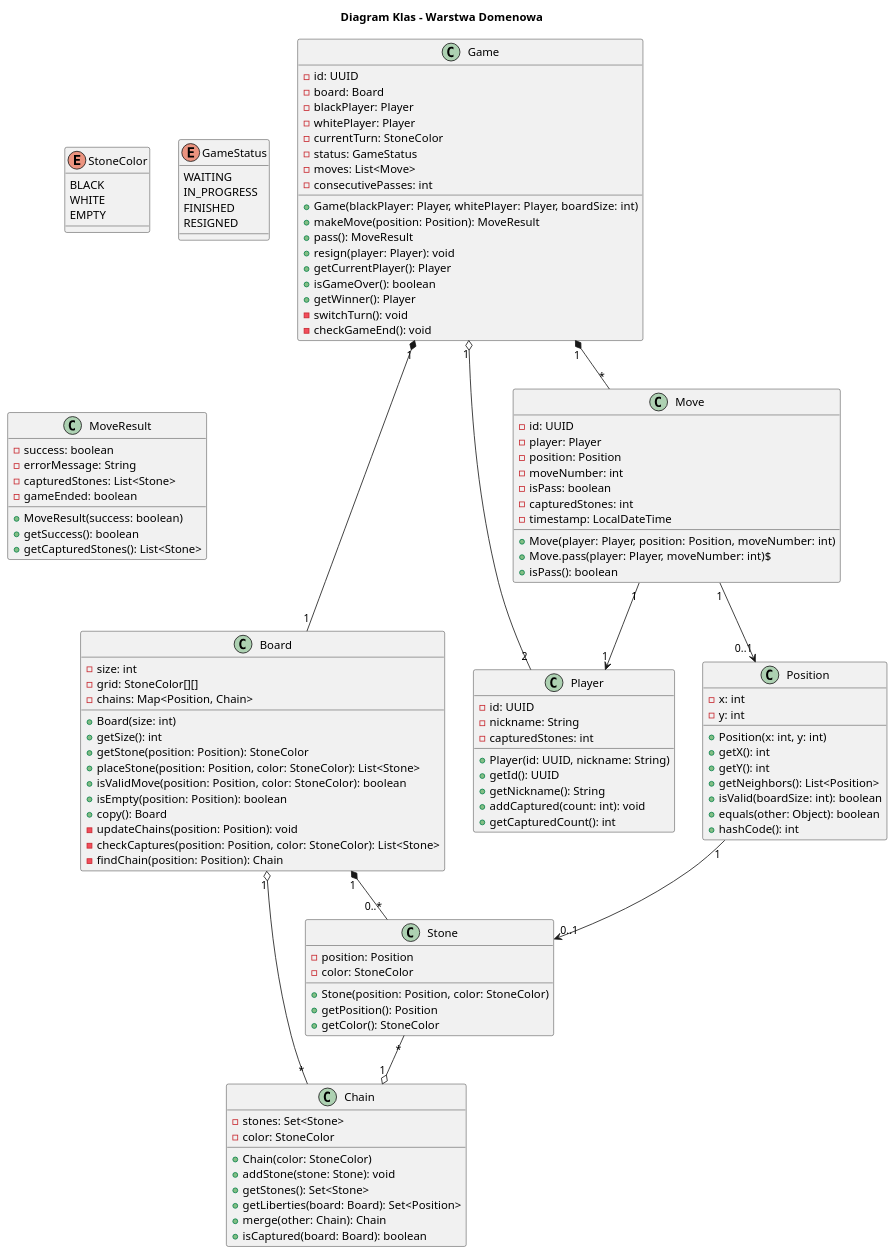
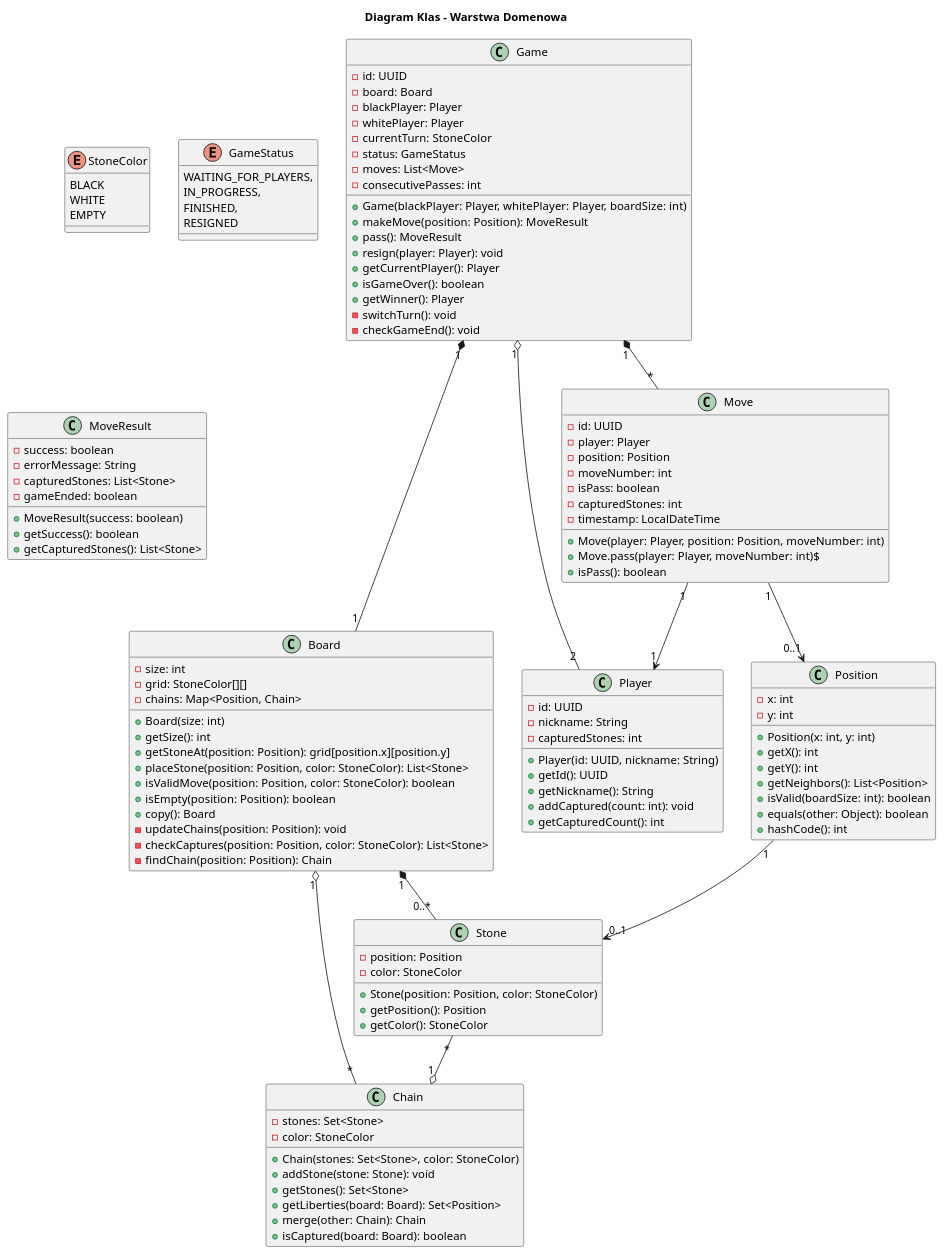
Before and after one commit to Aleinek/Go_Game: the seventh of 8 diagrams in docs/diagrams.puml, drawn with PlantUML. The commit also changed 25 other files, not shown here.

```diff
--- a/docs/diagrams.puml
+++ b/docs/diagrams.puml
@@ -339,128 +339,128 @@
 @startuml Class_Domain
 title Diagram Klas - Warstwa Domenowa
 
 enum StoneColor {
     BLACK
     WHITE
     EMPTY
 }
 
 enum GameStatus {
-    WAITING
-    IN_PROGRESS
-    FINISHED
+    WAITING_FOR_PLAYERS,
+    IN_PROGRESS,
+    FINISHED,
     RESIGNED
 }
 
 class Position {
     -x: int
     -y: int
     +Position(x: int, y: int)
     +getX(): int
     +getY(): int
     +getNeighbors(): List<Position>
     +isValid(boardSize: int): boolean
     +equals(other: Object): boolean
     +hashCode(): int
 }
 
 class Stone {
     -position: Position
     -color: StoneColor
     +Stone(position: Position, color: StoneColor)
     +getPosition(): Position
     +getColor(): StoneColor
 }
 
 class Chain {
     -stones: Set<Stone>
     -color: StoneColor
-    +Chain(color: StoneColor)
+    +Chain(stones: Set<Stone>, color: StoneColor)
     +addStone(stone: Stone): void
     +getStones(): Set<Stone>
     +getLiberties(board: Board): Set<Position>
     +merge(other: Chain): Chain
     +isCaptured(board: Board): boolean
 }
 
 class Board {
     -size: int
     -grid: StoneColor[][]
     -chains: Map<Position, Chain>
     +Board(size: int)
     +getSize(): int
-    +getStone(position: Position): StoneColor
+    +getStoneAt(position: Position): grid[position.x][position.y]
     +placeStone(position: Position, color: StoneColor): List<Stone>
     +isValidMove(position: Position, color: StoneColor): boolean
     +isEmpty(position: Position): boolean
     +copy(): Board
     -updateChains(position: Position): void
     -checkCaptures(position: Position, color: StoneColor): List<Stone>
     -findChain(position: Position): Chain
 }
 
 class Player {
     -id: UUID
     -nickname: String
     -capturedStones: int
     +Player(id: UUID, nickname: String)
     +getId(): UUID
     +getNickname(): String
     +addCaptured(count: int): void
     +getCapturedCount(): int
 }
 
 class Move {
     -id: UUID
     -player: Player
     -position: Position
     -moveNumber: int
     -isPass: boolean
     -capturedStones: int
     -timestamp: LocalDateTime
     +Move(player: Player, position: Position, moveNumber: int)
     +Move.pass(player: Player, moveNumber: int)$
     +isPass(): boolean
 }
 
 class Game {
     -id: UUID
     -board: Board
     -blackPlayer: Player
     -whitePlayer: Player
     -currentTurn: StoneColor
     -status: GameStatus
     -moves: List<Move>
     -consecutivePasses: int
     +Game(blackPlayer: Player, whitePlayer: Player, boardSize: int)
     +makeMove(position: Position): MoveResult
     +pass(): MoveResult
     +resign(player: Player): void
     +getCurrentPlayer(): Player
     +isGameOver(): boolean
     +getWinner(): Player
     -switchTurn(): void
     -checkGameEnd(): void
 }
 
 class MoveResult {
     -success: boolean
     -errorMessage: String
     -capturedStones: List<Stone>
     -gameEnded: boolean
     +MoveResult(success: boolean)
     +getSuccess(): boolean
     +getCapturedStones(): List<Stone>
 }
 
 Position "1" --> "0..1" Stone
 Stone "*" --o "1" Chain
 Board "1" *-- "0..*" Stone
 Board "1" o-- "*" Chain
 Game "1" *-- "1" Board
 Game "1" o-- "2" Player
 Game "1" *-- "*" Move
 Move "1" --> "1" Player
 Move "1" --> "0..1" Position
 
 @enduml
```
